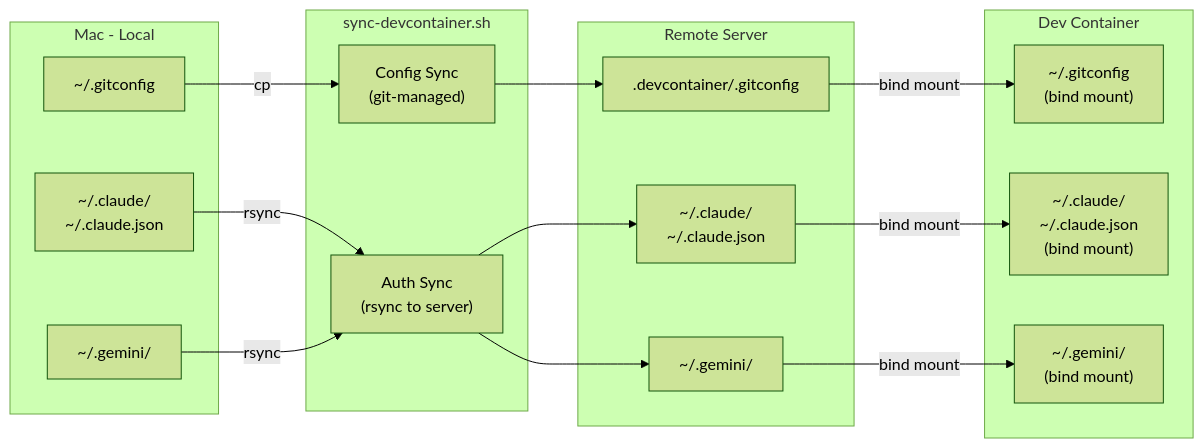
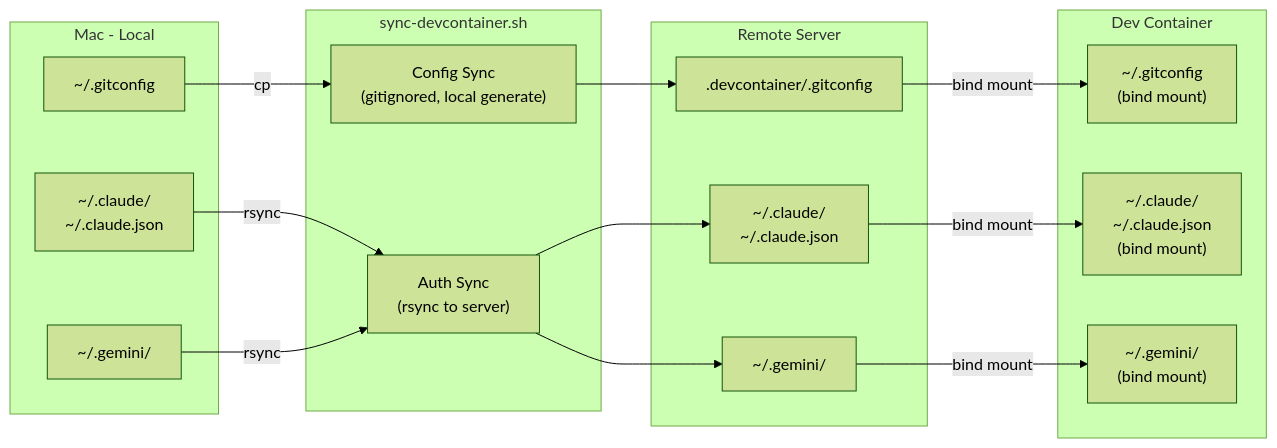
Before and after one commit to tkm5/devcontainer-env: the first of 2 diagrams in docs/server-setup.md, drawn with Mermaid (forest theme). The commit also changed other lines of this file, not shown here.

First line of the commit message:
docs: fix .gitconfig description as gitignored in server setup guide

````diff
--- a/docs/server-setup.md
+++ b/docs/server-setup.md
@@ -16,29 +16,29 @@
 ```mermaid
 graph LR
     subgraph Mac[Mac - Local]
         gitconfig["~/.gitconfig"]
         claude_local["~/.claude/<br>~/.claude.json"]
         gemini_local["~/.gemini/"]
     end
 
     subgraph Script["sync-devcontainer.sh"]
-        config_sync["Config Sync<br>(git-managed)"]
+        config_sync["Config Sync<br>(gitignored, local generate)"]
         auth_sync["Auth Sync<br>(rsync to server)"]
     end
 
     subgraph Server[Remote Server]
         devcontainer_dir[".devcontainer/.gitconfig"]
         claude_server["~/.claude/<br>~/.claude.json"]
         gemini_server["~/.gemini/"]
     end
 
     subgraph Container[Dev Container]
         git_mount["~/.gitconfig<br>(bind mount)"]
         claude_mount["~/.claude/<br>~/.claude.json<br>(bind mount)"]
         gemini_mount["~/.gemini/<br>(bind mount)"]
     end
 
     gitconfig -->|"cp"| config_sync --> devcontainer_dir -->|"bind mount"| git_mount
     claude_local -->|"rsync"| auth_sync --> claude_server -->|"bind mount"| claude_mount
     gemini_local -->|"rsync"| auth_sync --> gemini_server -->|"bind mount"| gemini_mount
 ```
````
